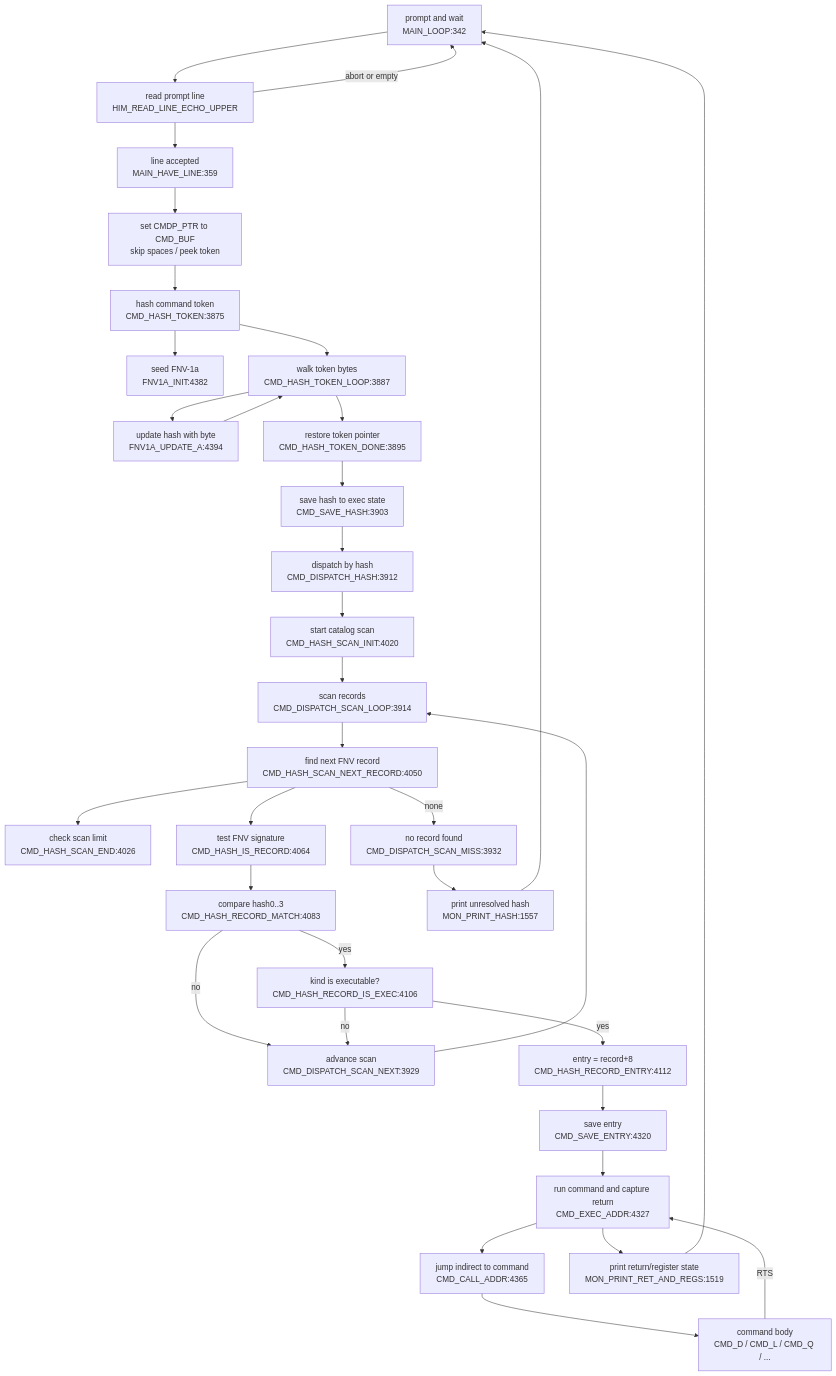
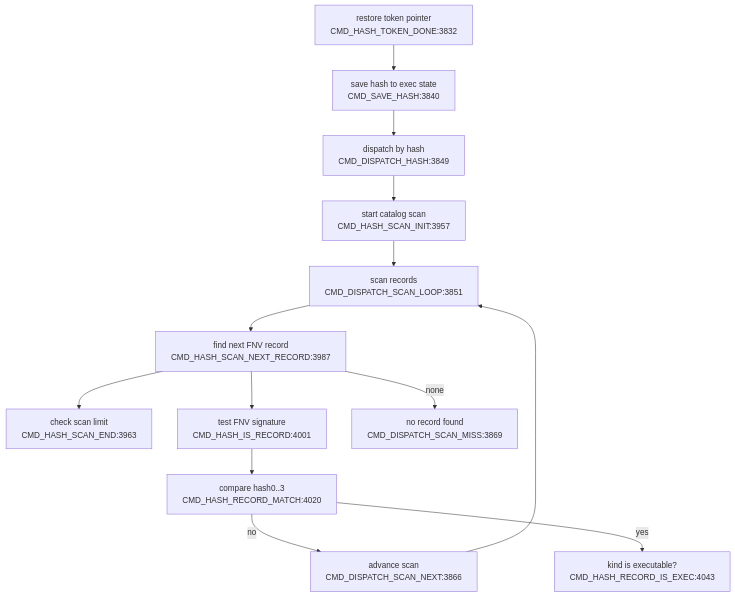
The third of 4 diagrams in DOC/GENERATED/CMD_FLOW_MAP.md (95westus/R-YORS), drawn with Mermaid before and after one commit. The commit also changed other lines of this file and 52 other files, not shown here.

````diff
--- a/DOC/GENERATED/CMD_FLOW_MAP.md
+++ b/DOC/GENERATED/CMD_FLOW_MAP.md
@@ -10,36 +40,15 @@
 ```mermaid
 flowchart TD
-    LOOP["prompt and wait<br/>MAIN_LOOP:342"] --> READ["read prompt line<br/>HIM_READ_LINE_ECHO_UPPER"]
-    READ --> HAVE["line accepted<br/>MAIN_HAVE_LINE:359"]
-    READ -->|abort or empty| LOOP
-    HAVE --> PREP["set CMDP_PTR to CMD_BUF<br/>skip spaces / peek token"]
-    PREP --> HASH["hash command token<br/>CMD_HASH_TOKEN:3875"]
-    HASH --> FNVINIT["seed FNV-1a<br/>FNV1A_INIT:4382"]
-    HASH --> HASHLOOP["walk token bytes<br/>CMD_HASH_TOKEN_LOOP:3887"]
-    HASHLOOP --> UPDATE["update hash with byte<br/>FNV1A_UPDATE_A:4394"]
-    UPDATE --> HASHLOOP
-    HASHLOOP --> DONE["restore token pointer<br/>CMD_HASH_TOKEN_DONE:3895"]
-    DONE --> SAVEHASH["save hash to exec state<br/>CMD_SAVE_HASH:3903"]
-    SAVEHASH --> DISPATCH["dispatch by hash<br/>CMD_DISPATCH_HASH:3912"]
-    DISPATCH --> SCANINIT["start catalog scan<br/>CMD_HASH_SCAN_INIT:4020"]
-    SCANINIT --> SCANLOOP["scan records<br/>CMD_DISPATCH_SCAN_LOOP:3914"]
-    SCANLOOP --> NEXTREC["find next FNV record<br/>CMD_HASH_SCAN_NEXT_RECORD:4050"]
-    NEXTREC --> ENDCHK["check scan limit<br/>CMD_HASH_SCAN_END:4026"]
-    NEXTREC --> ISREC["test FNV signature<br/>CMD_HASH_IS_RECORD:4064"]
-    NEXTREC -->|none| MISS["no record found<br/>CMD_DISPATCH_SCAN_MISS:3932"]
-    ISREC --> MATCH["compare hash0..3<br/>CMD_HASH_RECORD_MATCH:4083"]
-    MATCH -->|no| ADV["advance scan<br/>CMD_DISPATCH_SCAN_NEXT:3929"]
+    DONE["restore token pointer<br/>CMD_HASH_TOKEN_DONE:3832"] --> SAVEHASH["save hash to exec state<br/>CMD_SAVE_HASH:3840"]
+    SAVEHASH --> DISPATCH["dispatch by hash<br/>CMD_DISPATCH_HASH:3849"]
+    DISPATCH --> SCANINIT["start catalog scan<br/>CMD_HASH_SCAN_INIT:3957"]
+    SCANINIT --> SCANLOOP["scan records<br/>CMD_DISPATCH_SCAN_LOOP:3851"]
+    SCANLOOP --> NEXTREC["find next FNV record<br/>CMD_HASH_SCAN_NEXT_RECORD:3987"]
+    NEXTREC --> ENDCHK["check scan limit<br/>CMD_HASH_SCAN_END:3963"]
+    NEXTREC --> ISREC["test FNV signature<br/>CMD_HASH_IS_RECORD:4001"]
+    NEXTREC -->|none| MISS["no record found<br/>CMD_DISPATCH_SCAN_MISS:3869"]
+    ISREC --> MATCH["compare hash0..3<br/>CMD_HASH_RECORD_MATCH:4020"]
+    MATCH -->|no| ADV["advance scan<br/>CMD_DISPATCH_SCAN_NEXT:3866"]
     ADV --> SCANLOOP
-    MATCH -->|yes| EXECOK["kind is executable?<br/>CMD_HASH_RECORD_IS_EXEC:4106"]
-    EXECOK -->|no| ADV
-    EXECOK -->|yes| ENTRY["entry = record+8<br/>CMD_HASH_RECORD_ENTRY:4112"]
-    ENTRY --> SAVEENTRY["save entry<br/>CMD_SAVE_ENTRY:4320"]
-    SAVEENTRY --> RUN["run command and capture return<br/>CMD_EXEC_ADDR:4327"]
-    RUN --> CALL["jump indirect to command<br/>CMD_CALL_ADDR:4365"]
-    CALL --> BODY["command body<br/>CMD_D / CMD_L / CMD_Q / ..."]
-    BODY -->|RTS| RUN
-    RUN --> RETPRINT["print return/register state<br/>MON_PRINT_RET_AND_REGS:1519"]
-    RETPRINT --> LOOP
-    MISS --> PRHASH["print unresolved hash<br/>MON_PRINT_HASH:1557"]
-    PRHASH --> LOOP
+    MATCH -->|yes| EXECOK["kind is executable?<br/>CMD_HASH_RECORD_IS_EXEC:4043"]
 ```
````
